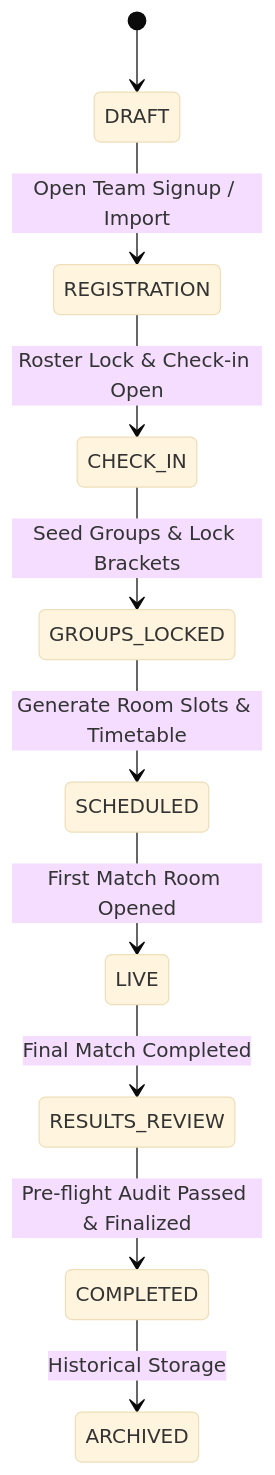
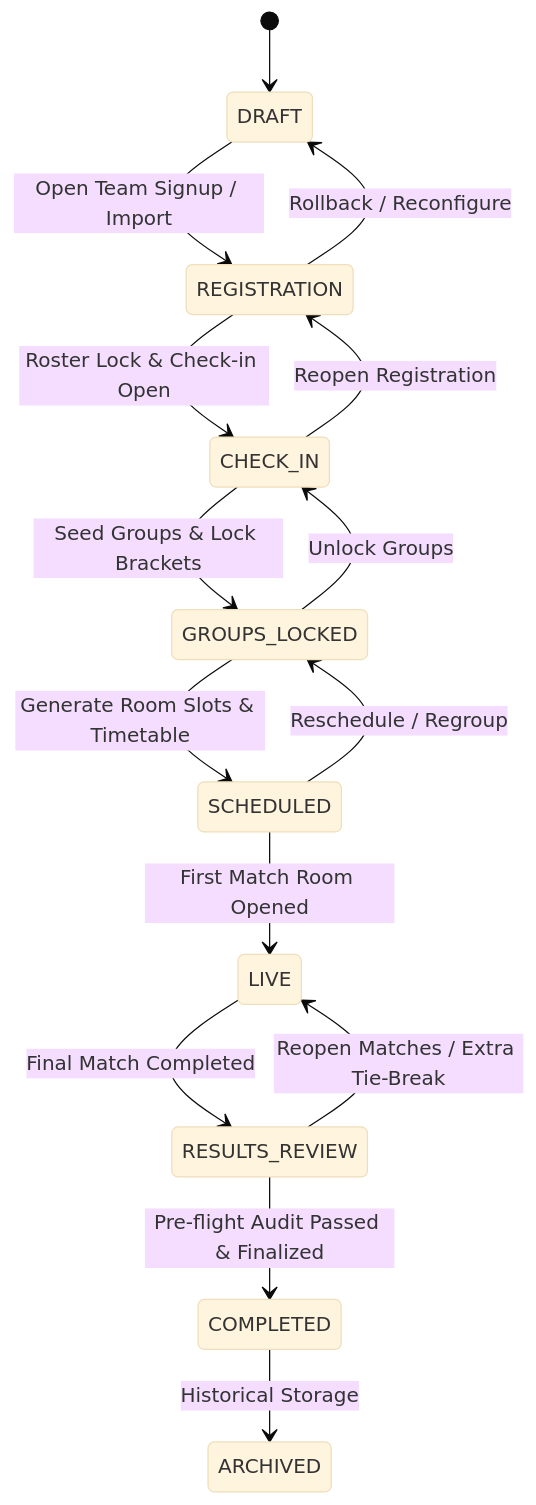
One commit to MasterZ1311/BGMI-Tourney-Ops changed the first of 2 diagrams in docs/tournament-engine.md. Above: the diagram before and after it, drawn with Mermaid (base theme). The commit also changed other lines of this file and 137 other files, not shown here.

````diff
--- a/docs/tournament-engine.md
+++ b/docs/tournament-engine.md
@@ -13,12 +93,18 @@
 ```mermaid
 stateDiagram-v2
     [*] --> DRAFT
     DRAFT --> REGISTRATION: Open Team Signup / Import
     REGISTRATION --> CHECK_IN: Roster Lock & Check-in Open
     CHECK_IN --> GROUPS_LOCKED: Seed Groups & Lock Brackets
     GROUPS_LOCKED --> SCHEDULED: Generate Room Slots & Timetable
     SCHEDULED --> LIVE: First Match Room Opened
     LIVE --> RESULTS_REVIEW: Final Match Completed
     RESULTS_REVIEW --> COMPLETED: Pre-flight Audit Passed & Finalized
     COMPLETED --> ARCHIVED: Historical Storage
+    
+    REGISTRATION --> DRAFT: Rollback / Reconfigure
+    CHECK_IN --> REGISTRATION: Reopen Registration
+    GROUPS_LOCKED --> CHECK_IN: Unlock Groups
+    SCHEDULED --> GROUPS_LOCKED: Reschedule / Regroup
+    RESULTS_REVIEW --> LIVE: Reopen Matches / Extra Tie-Break
 ```
````
